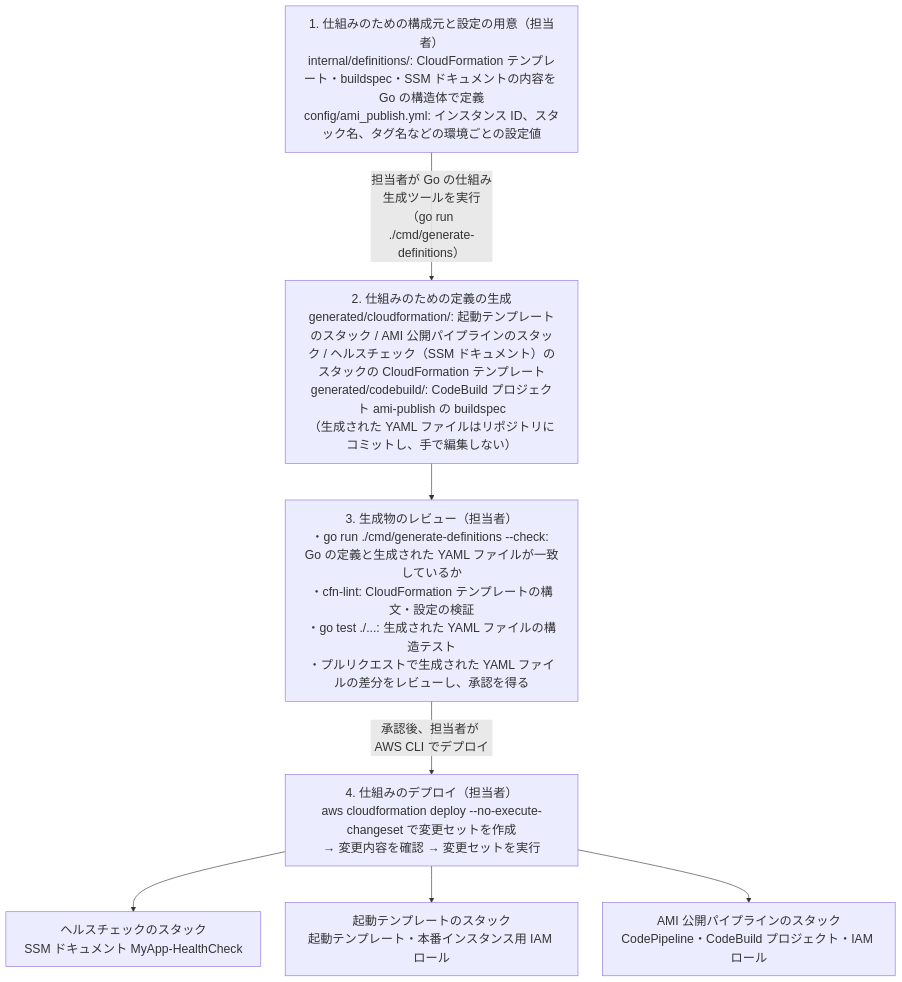
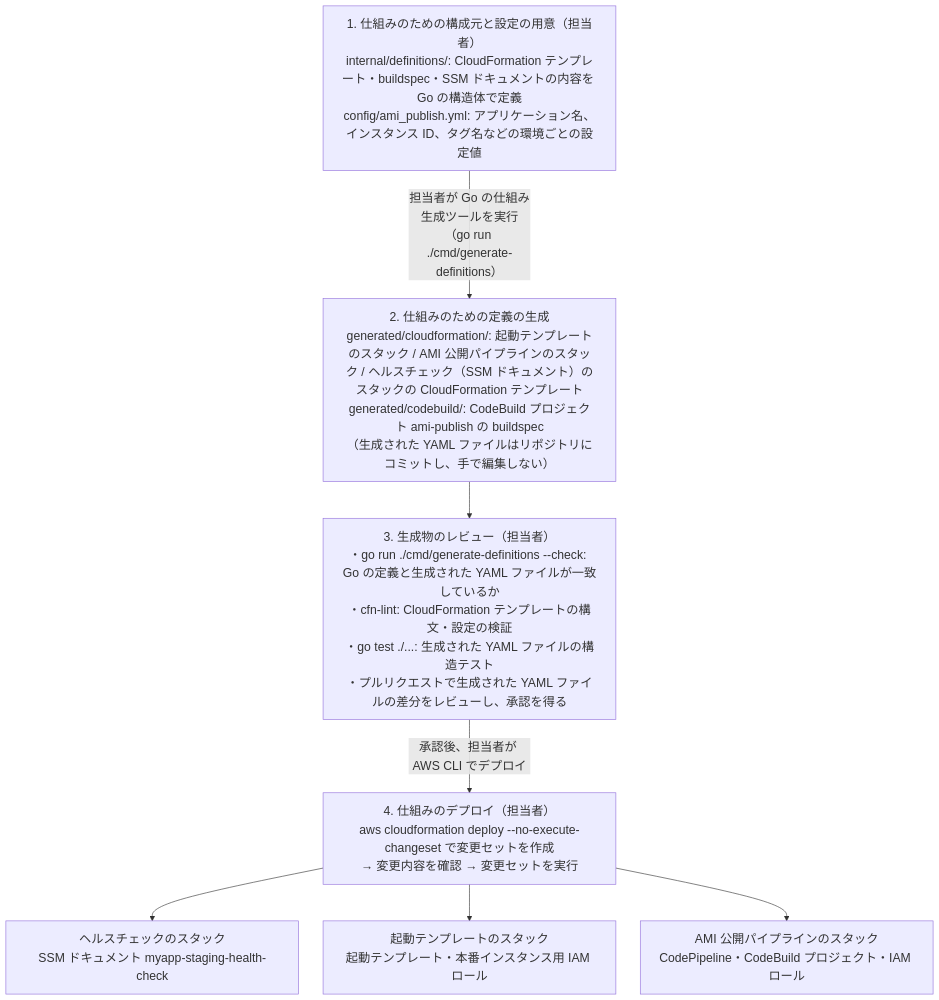
The third of 5 diagrams in docs/ec2/ami-publish-development-plan.md (rxsxkxd/pk), drawn with Mermaid before and after one commit. The commit also changed other lines of this file and 43 other files, not shown here.

Commit message:
ami stack

````diff
--- a/docs/ec2/ami-publish-development-plan.md
+++ b/docs/ec2/ami-publish-development-plan.md
@@ -111,17 +113,17 @@
 ```mermaid
 %%{init: {"themeVariables": {"fontSize": "20px"}, "flowchart": {"nodeSpacing": 40, "rankSpacing": 60, "wrappingWidth": 420}}}%%
 flowchart TD
-    Step1["1. 仕組みのための構成元と設定の用意（担当者）<br>internal/definitions/: CloudFormation テンプレート・buildspec・SSM ドキュメントの内容を Go の構造体で定義<br>config/ami_publish.yml: インスタンス ID、スタック名、タグ名などの環境ごとの設定値"]
+    Step1["1. 仕組みのための構成元と設定の用意（担当者）<br>internal/definitions/: CloudFormation テンプレート・buildspec・SSM ドキュメントの内容を Go の構造体で定義<br>config/ami_publish.yml: アプリケーション名、インスタンス ID、タグ名などの環境ごとの設定値"]
     Step1 -->|"担当者が Go の仕組み生成ツールを実行（go run ./cmd/generate-definitions）"| Step2
 
     Step2["2. 仕組みのための定義の生成<br>generated/cloudformation/: 起動テンプレートのスタック / AMI 公開パイプラインのスタック / ヘルスチェック（SSM ドキュメント）のスタックの CloudFormation テンプレート<br>generated/codebuild/: CodeBuild プロジェクト ami-publish の buildspec<br>（生成された YAML ファイルはリポジトリにコミットし、手で編集しない）"]
     Step2 --> Step3
 
     Step3["3. 生成物のレビュー（担当者）<br>・go run ./cmd/generate-definitions --check: Go の定義と生成された YAML ファイルが一致しているか<br>・cfn-lint: CloudFormation テンプレートの構文・設定の検証<br>・go test ./...: 生成された YAML ファイルの構造テスト<br>・プルリクエストで生成された YAML ファイルの差分をレビューし、承認を得る"]
     Step3 -->|"承認後、担当者が AWS CLI でデプロイ"| Step4
 
     Step4["4. 仕組みのデプロイ（担当者）<br>aws cloudformation deploy --no-execute-changeset で変更セットを作成<br>→ 変更内容を確認 → 変更セットを実行"]
-    Step4 --> HealthCheckStack["ヘルスチェックのスタック<br>SSM ドキュメント MyApp-HealthCheck"]
+    Step4 --> HealthCheckStack["ヘルスチェックのスタック<br>SSM ドキュメント myapp-staging-health-check"]
     Step4 --> LaunchTemplateStack["起動テンプレートのスタック<br>起動テンプレート・本番インスタンス用 IAM ロール"]
     Step4 --> PipelineStack["AMI 公開パイプラインのスタック<br>CodePipeline・CodeBuild プロジェクト・IAM ロール"]
 ```
````
